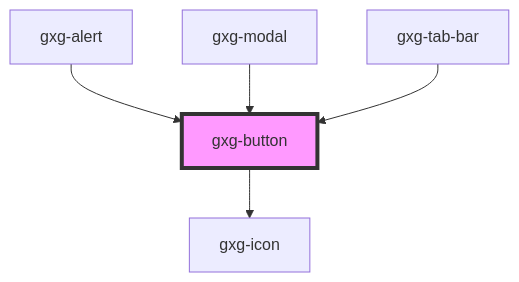
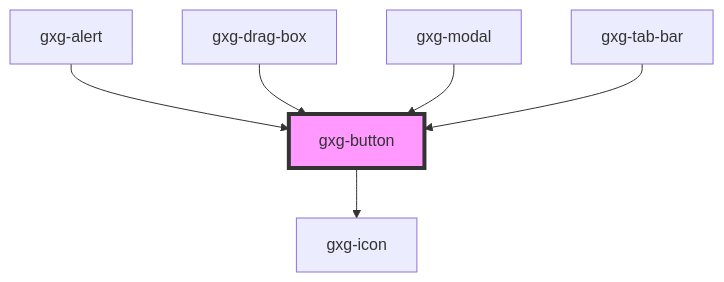
The diagram in src/components/button/readme.md (genexuslabs/gemini), drawn with Mermaid before and after one commit. The commit also changed other lines of this file and 8 other files, not shown here.

````diff
--- a/src/components/button/readme.md
+++ b/src/components/button/readme.md
@@ -28,8 +29,9 @@
 ```mermaid
 graph TD;
   gxg-button --> gxg-icon
   gxg-alert --> gxg-button
+  gxg-drag-box --> gxg-button
   gxg-modal --> gxg-button
   gxg-tab-bar --> gxg-button
   style gxg-button fill:#f9f,stroke:#333,stroke-width:4px
 ```
````
